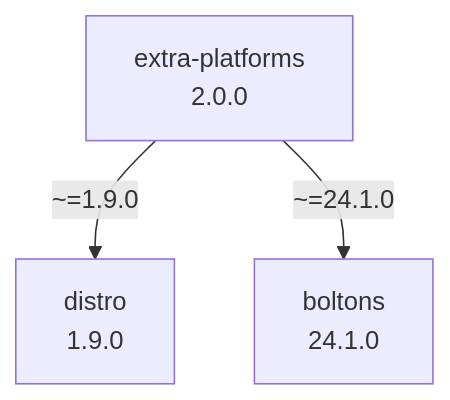
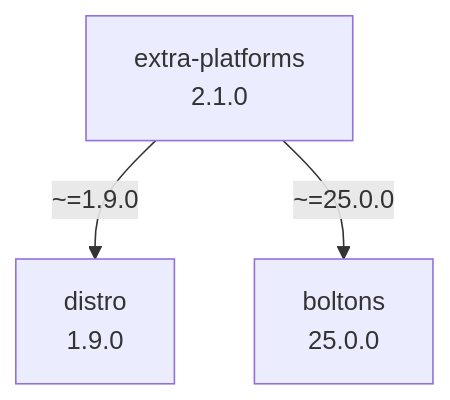
Before and after one commit to kdeldycke/extra-platforms: the diagram in docs/assets/dependencies.mmd, drawn with Mermaid.

Commit message:
[autofix] Regenerate dependency graph

```diff
--- a/docs/assets/dependencies.mmd
+++ b/docs/assets/dependencies.mmd
@@ -1,7 +1,7 @@
 flowchart TD
     classDef missing stroke-dasharray: 5
-    boltons["boltons\n24.1.0"]
+    boltons["boltons\n25.0.0"]
     distro["distro\n1.9.0"]
-    extra-platforms["extra-platforms\n2.0.0"]
+    extra-platforms["extra-platforms\n2.1.0"]
     extra-platforms -- "~=1.9.0" --> distro
-    extra-platforms -- "~=24.1.0" --> boltons
+    extra-platforms -- "~=25.0.0" --> boltons
```
